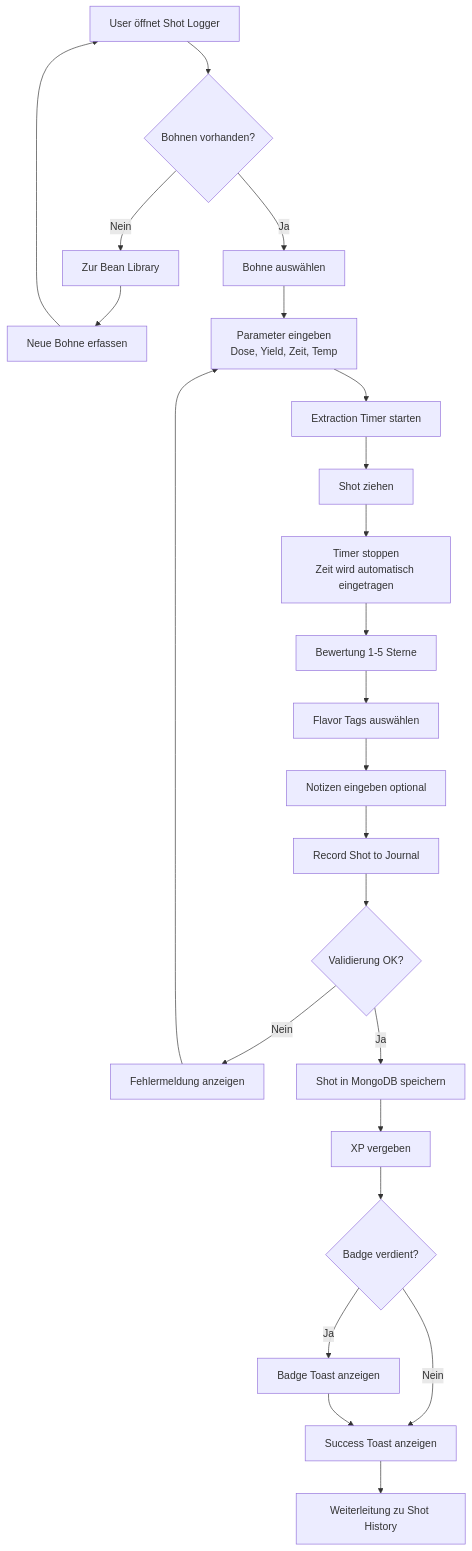
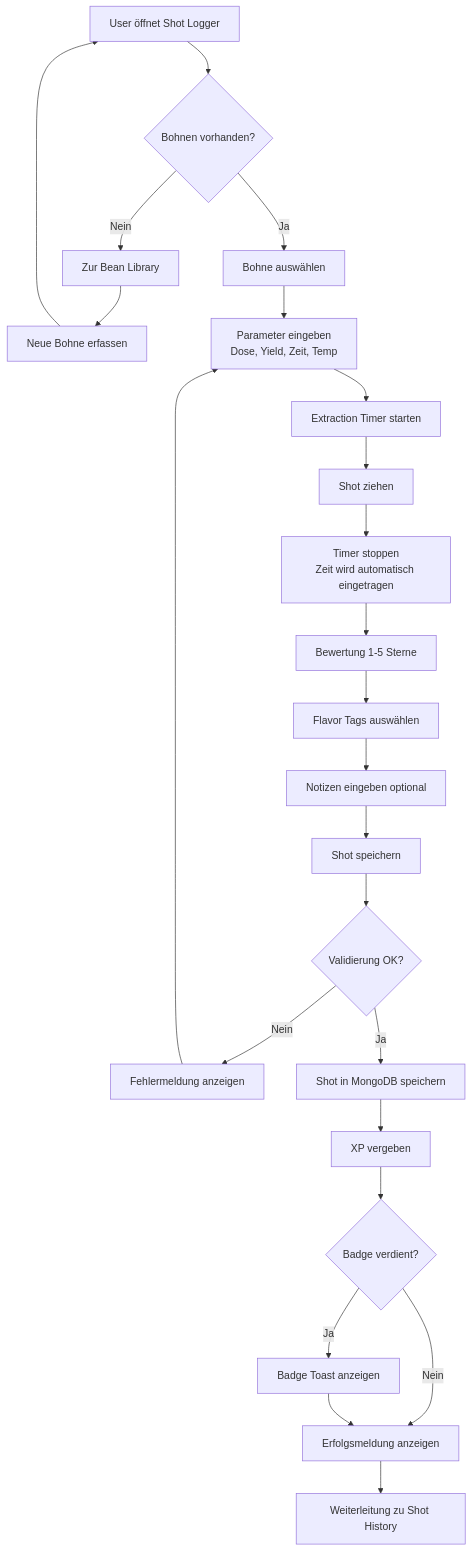
One commit to mitallemscharf/beanary changed the diagram in README.md. Above: the diagram before and after it, drawn with Mermaid. The commit also changed other lines of this file, not shown here.

````diff
--- a/README.md
+++ b/README.md
@@ -170,26 +170,26 @@
 ```mermaid
 flowchart TD
     A[User öffnet Shot Logger] --> B{Bohnen vorhanden?}
     B -- Nein --> C[Zur Bean Library]
     C --> D[Neue Bohne erfassen]
     D --> A
     B -- Ja --> E[Bohne auswählen]
     E --> F[Parameter eingeben\nDose, Yield, Zeit, Temp]
     F --> G[Extraction Timer starten]
     G --> H[Shot ziehen]
     H --> I[Timer stoppen\nZeit wird automatisch eingetragen]
     I --> J[Bewertung 1-5 Sterne]
     J --> K[Flavor Tags auswählen]
     K --> L[Notizen eingeben optional]
-    L --> M[Record Shot to Journal]
+    L --> M[Shot speichern]
     M --> N{Validierung OK?}
     N -- Nein --> O[Fehlermeldung anzeigen]
     O --> F
     N -- Ja --> P[Shot in MongoDB speichern]
     P --> Q[XP vergeben]
     Q --> R{Badge verdient?}
     R -- Ja --> S[Badge Toast anzeigen]
-    R -- Nein --> T[Success Toast anzeigen]
+    R -- Nein --> T[Erfolgsmeldung anzeigen]
     S --> T
     T --> U[Weiterleitung zu Shot History]
 ```
````
